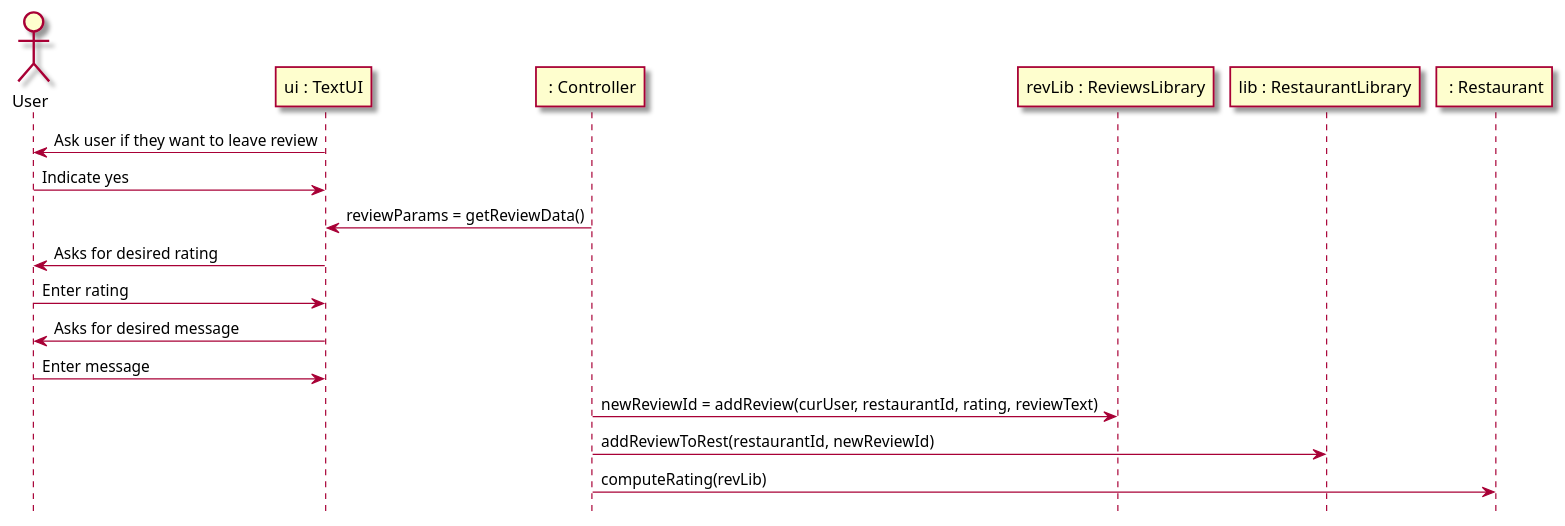
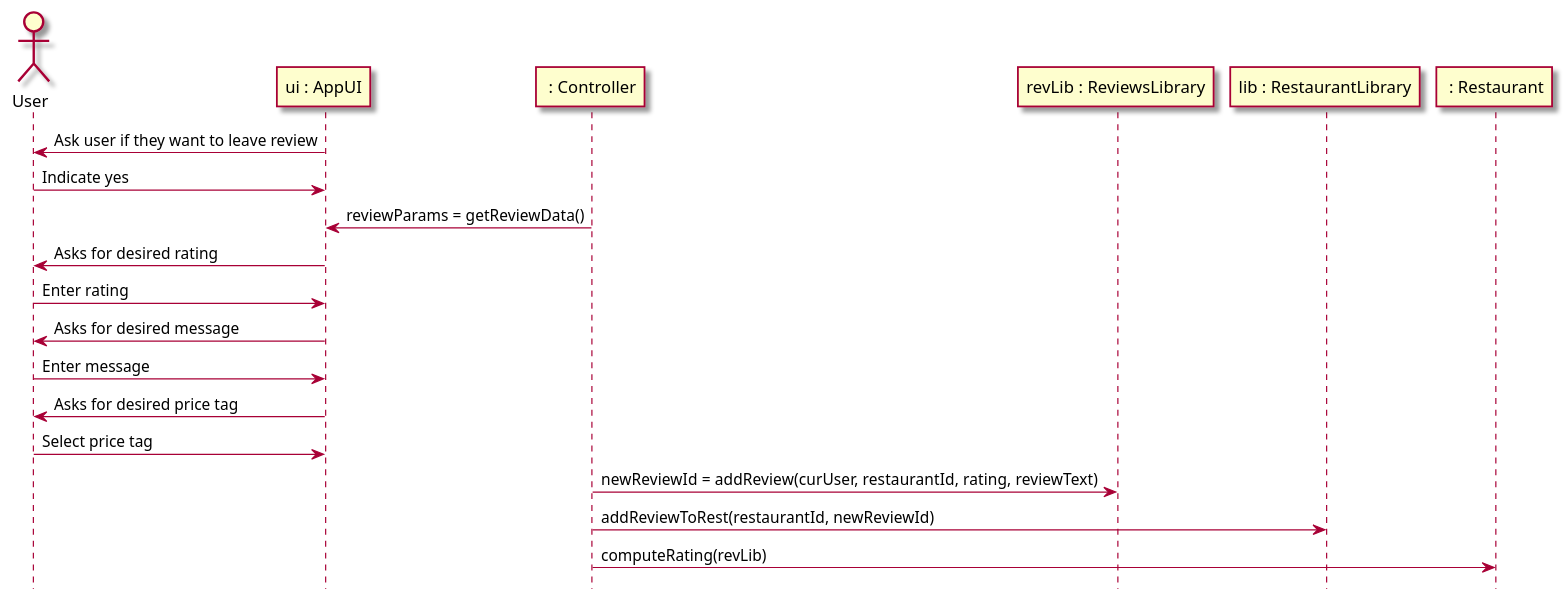
Before and after one commit to tanwasp/LunchBox-Android: the second of 4 diagrams in intellij/doc/design.md, drawn with PlantUML. The commit also changed other lines of this file and 2 other files, not shown here.

Commit message:
Add sequence diagram

````diff
--- a/intellij/doc/design.md
+++ b/intellij/doc/design.md
@@ -45,25 +41,27 @@
 ```plantuml
 @startuml
 hide footbox
 skin rose
 
 actor User as user
-participant "ui : TextUI" as ui
+participant "ui : AppUI" as ui
 participant " : Controller" as controller
 participant "revLib : ReviewsLibrary" as revLib
 participant "lib : RestaurantLibrary" as lib
 participant " : Restaurant" as restaurant
 
 ui -> user : Ask user if they want to leave review
 user -> ui : Indicate yes
 controller -> ui : reviewParams = getReviewData()
 ui -> user : Asks for desired rating
 user -> ui : Enter rating
 ui -> user : Asks for desired message
 user -> ui : Enter message
+ui -> user : Asks for desired price tag
+user -> ui : Select price tag
 controller -> revLib : newReviewId = addReview(curUser, restaurantId, rating, reviewText)
 controller -> lib : addReviewToRest(restaurantId, newReviewId)
 controller -> restaurant: computeRating(revLib)
 
 @enduml
 ```
````
